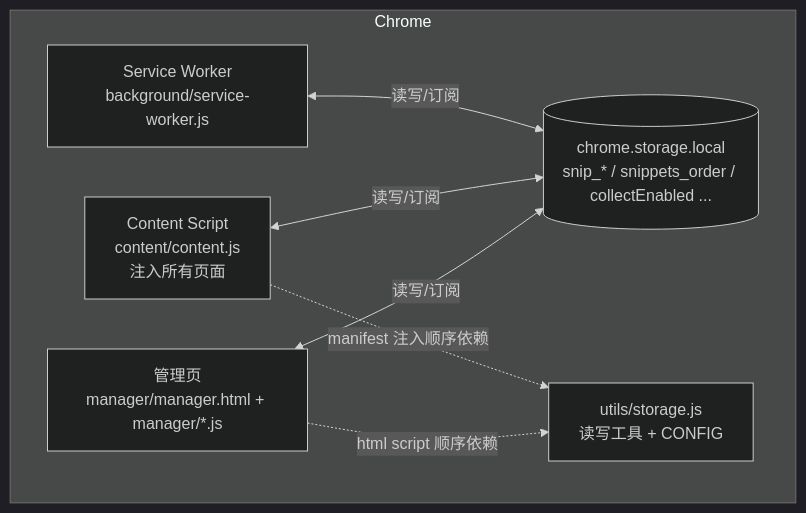
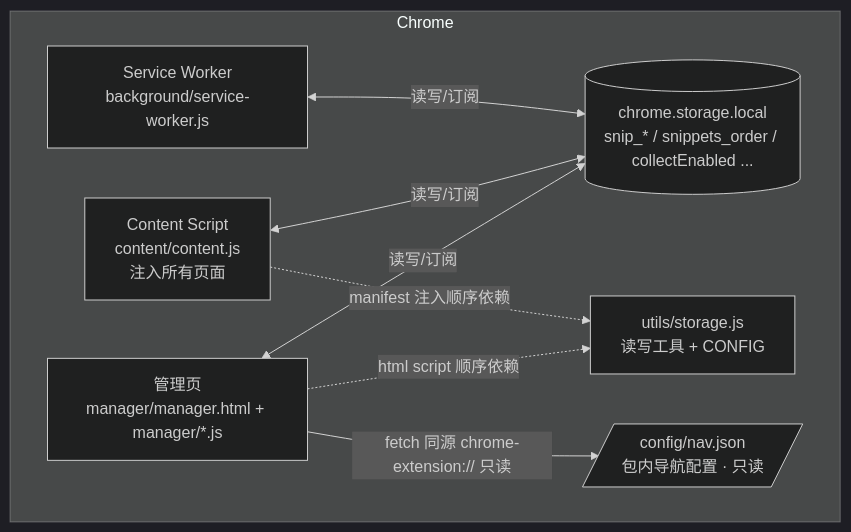
The diagram in docs/04-ARCHITECTURE.md (aosgu/text-collector), drawn with Mermaid (dark theme) before and after one commit. The commit also changed other lines of this file and 11 other files, not shown here.

````diff
--- a/docs/04-ARCHITECTURE.md
+++ b/docs/04-ARCHITECTURE.md
@@ -56,15 +59,17 @@
 ```mermaid
 flowchart TB
   subgraph Browser[Chrome]
     SW[Service Worker<br/>background/service-worker.js]
     CS[Content Script<br/>content/content.js<br/>注入所有页面]
     MP[管理页<br/>manager/manager.html + manager/*.js]
     ST[(chrome.storage.local<br/>snip_* / snippets_order / collectEnabled ...)]
     UTL[utils/storage.js<br/>读写工具 + CONFIG]
+    NAVCFG[/config/nav.json<br/>包内导航配置 · 只读/]
   end
   SW <-->|读写/订阅| ST
   CS <-->|读写/订阅| ST
   MP <-->|读写/订阅| ST
   CS -.manifest 注入顺序依赖.-> UTL
   MP -.html script 顺序依赖.-> UTL
+  MP -->|fetch 同源 chrome-extension:// 只读| NAVCFG
 ```
````
